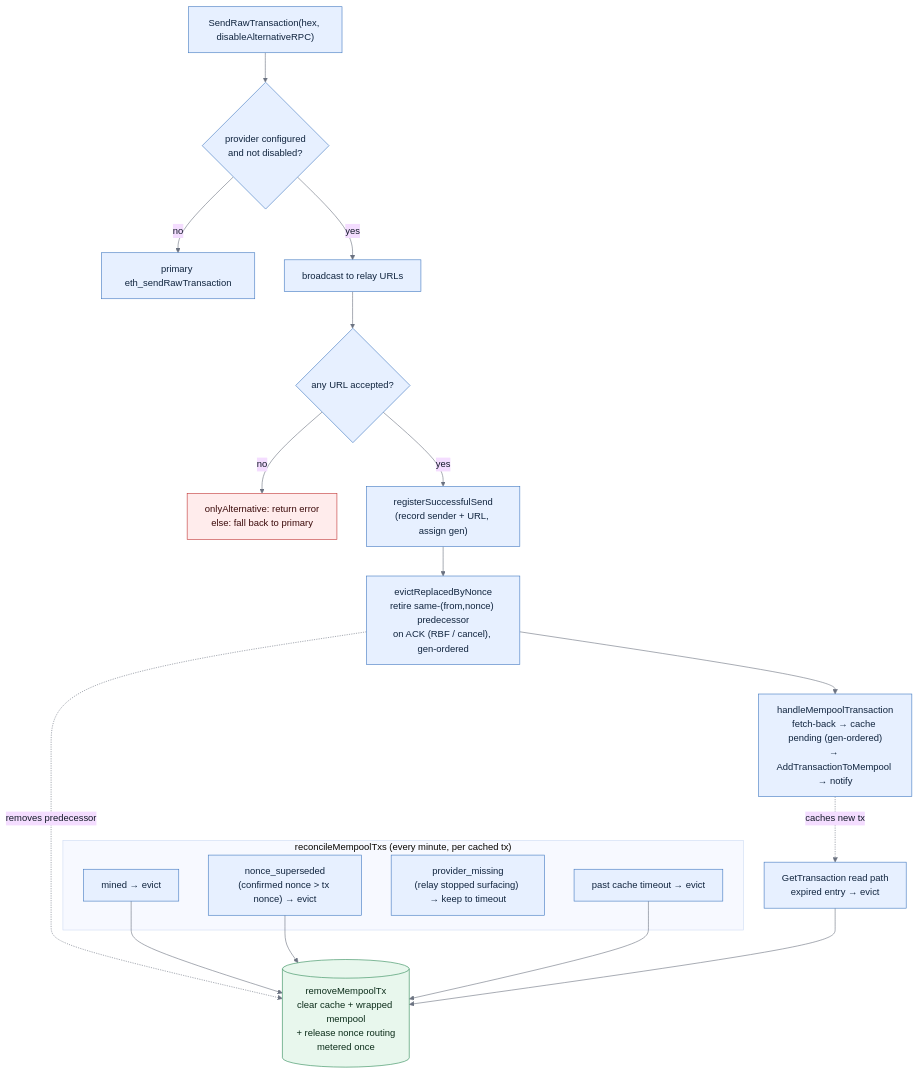
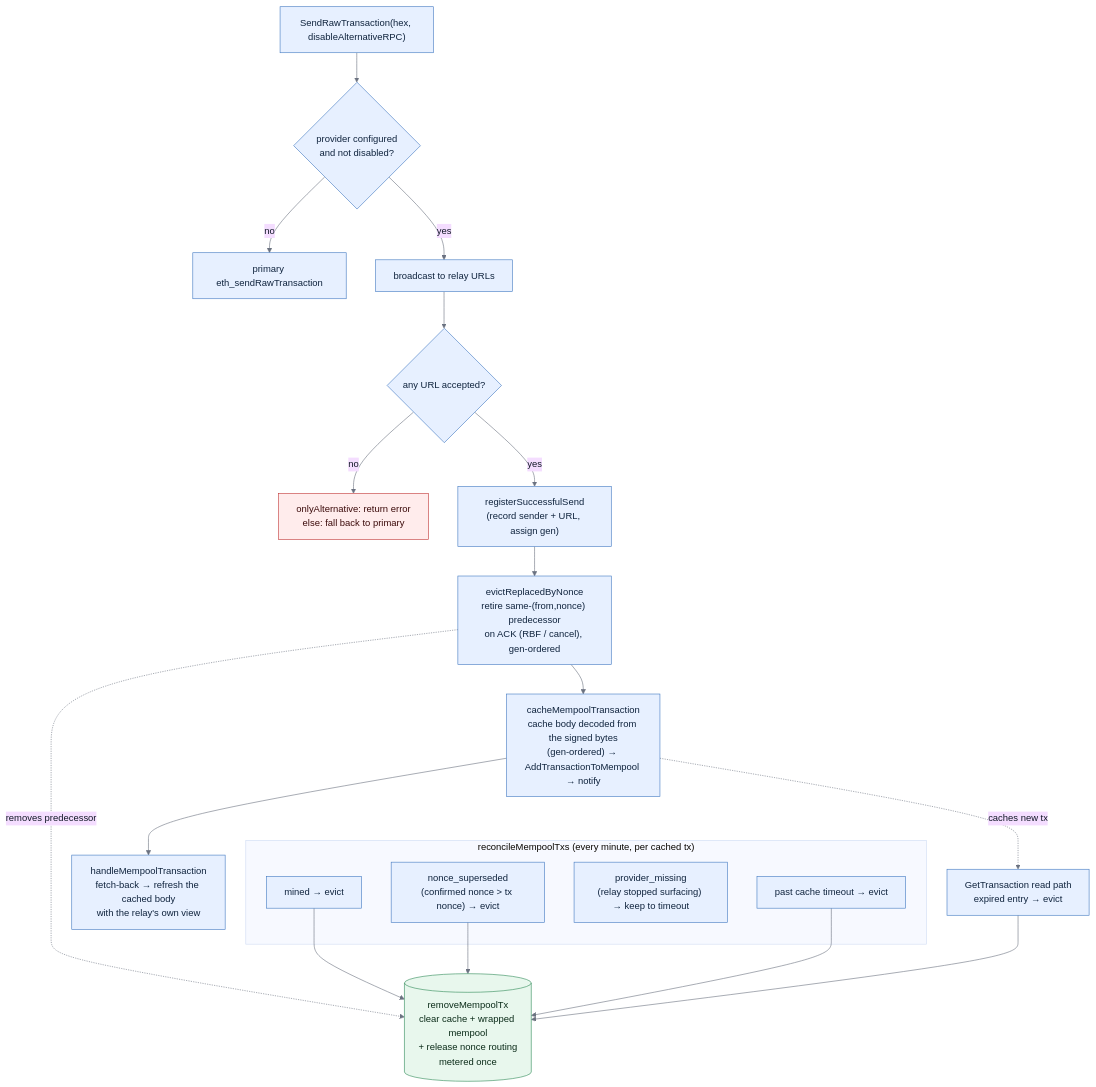
One commit to trezor/blockbook changed the diagram in docs/evm-send.md. Above: the diagram before and after it, drawn with Mermaid. The commit also changed other lines of this file and 5 other files, not shown here.

````diff
--- a/docs/evm-send.md
+++ b/docs/evm-send.md
@@ -20,42 +20,43 @@
 ```mermaid
 %%{init: {"theme": "base", "themeVariables": {"lineColor": "#6b7280", "primaryTextColor": "#111827"}}}%%
 flowchart TD
     send["SendRawTransaction(hex, disableAlternativeRPC)"]
     route{"provider configured<br/>and not disabled?"}
     primary["primary eth_sendRawTransaction"]
     relay["broadcast to relay URLs"]
     acc{"any URL accepted?"}
     reject["onlyAlternative: return error<br/>else: fall back to primary"]
     reg["registerSuccessfulSend<br/>(record sender + URL, assign gen)"]
     evict["evictReplacedByNonce<br/>retire same-(from,nonce) predecessor<br/>on ACK (RBF / cancel), gen-ordered"]
-    handle["handleMempoolTransaction<br/>fetch-back → cache pending (gen-ordered)<br/>→ AddTransactionToMempool → notify"]
+    cache["cacheMempoolTransaction<br/>cache body decoded from the signed bytes<br/>(gen-ordered) → AddTransactionToMempool → notify"]
+    handle["handleMempoolTransaction<br/>fetch-back → refresh the cached body<br/>with the relay's own view"]
 
     subgraph rec ["reconcileMempoolTxs (every minute, per cached tx)"]
         mined["mined → evict"]
         super["nonce_superseded<br/>(confirmed nonce > tx nonce) → evict"]
         miss["provider_missing<br/>(relay stopped surfacing) → keep to timeout"]
         to["past cache timeout → evict"]
     end
 
     readpath["GetTransaction read path<br/>expired entry → evict"]
     remove[("removeMempoolTx<br/>clear cache + wrapped mempool<br/>+ release nonce routing<br/>metered once")]
 
     send --> route
     route -- "no" --> primary
     route -- "yes" --> relay --> acc
     acc -- "no" --> reject
-    acc -- "yes" --> reg --> evict --> handle
+    acc -- "yes" --> reg --> evict --> cache --> handle
     evict -. removes predecessor .-> remove
-    handle -. caches new tx .-> readpath
+    cache -. caches new tx .-> readpath
     mined --> remove
     super --> remove
     to --> remove
     readpath --> remove
 
     classDef normal fill:#e7f0ff,stroke:#4078c0,color:#10243e;
     classDef store fill:#e8f7ed,stroke:#2e8b57,color:#0b2c19;
     classDef error fill:#ffecec,stroke:#c03535,color:#3b0a0a;
-    class send,route,relay,acc,reg,evict,handle,mined,super,miss,to,readpath,primary normal;
+    class send,route,relay,acc,reg,evict,cache,handle,mined,super,miss,to,readpath,primary normal;
     class remove store;
     class reject error;
 ```
````
